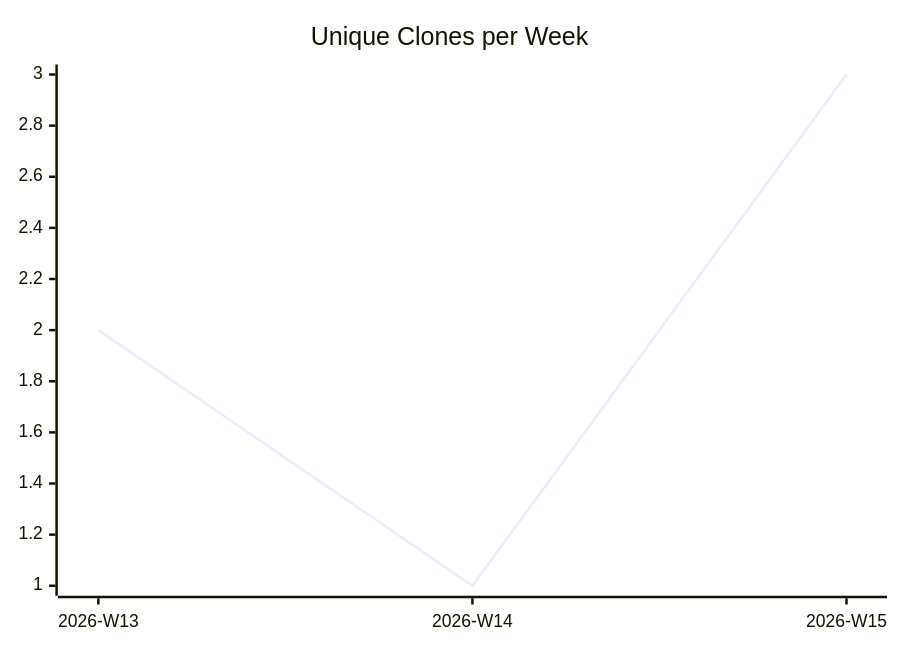
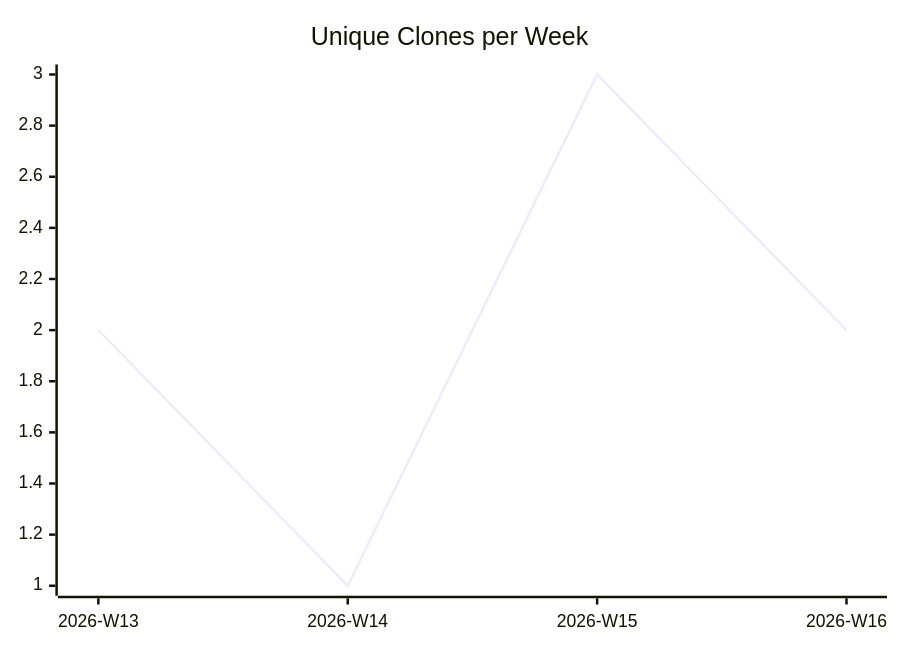
The third of 3 diagrams in karlmdavis/kobjects/README.md (justdavis-family/github-analytics-data), drawn with Mermaid before and after one commit. The commit also changed other lines of this file and 176 other files, not shown here.

````diff
--- a/karlmdavis/kobjects/README.md
+++ b/karlmdavis/kobjects/README.md
@@ -19,6 +19,6 @@
 ```mermaid
 xychart-beta
   title "Unique Clones per Week"
-  x-axis ["2026-W13", "2026-W14", "2026-W15"]
-  line [2, 1, 3]
+  x-axis ["2026-W13", "2026-W14", "2026-W15", "2026-W16"]
+  line [2, 1, 3, 2]
 ```
````
